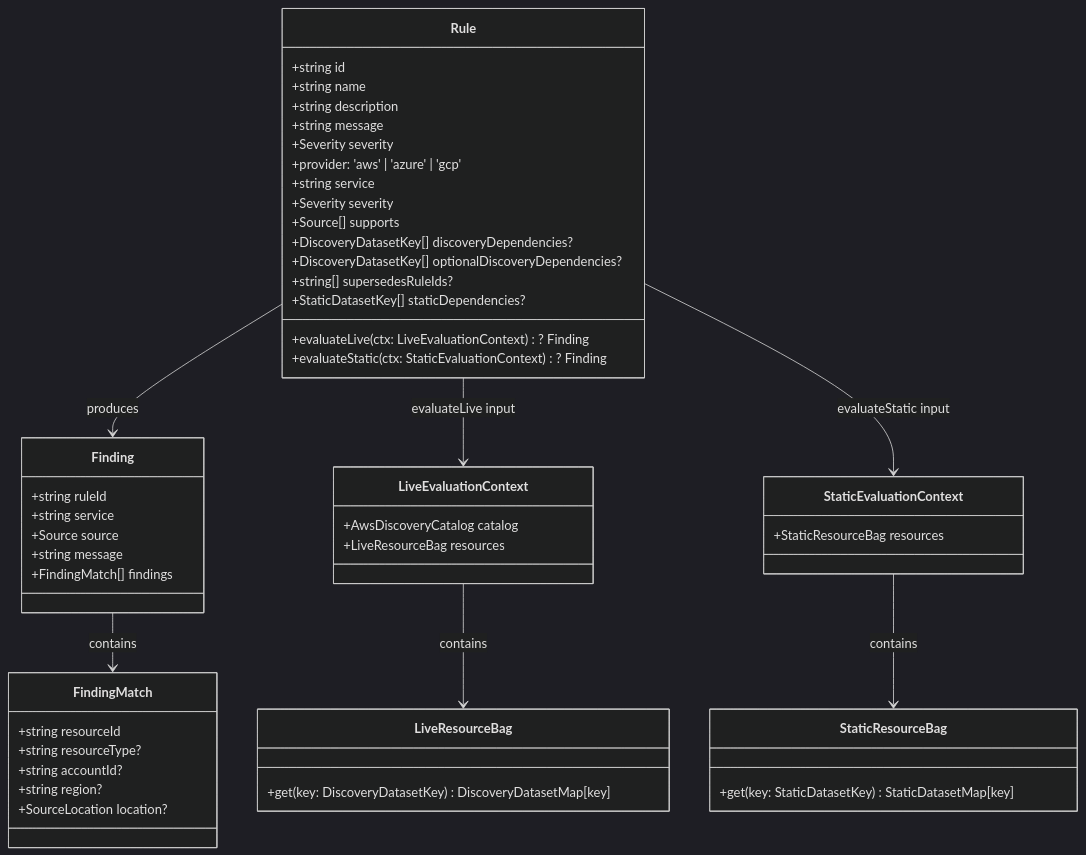
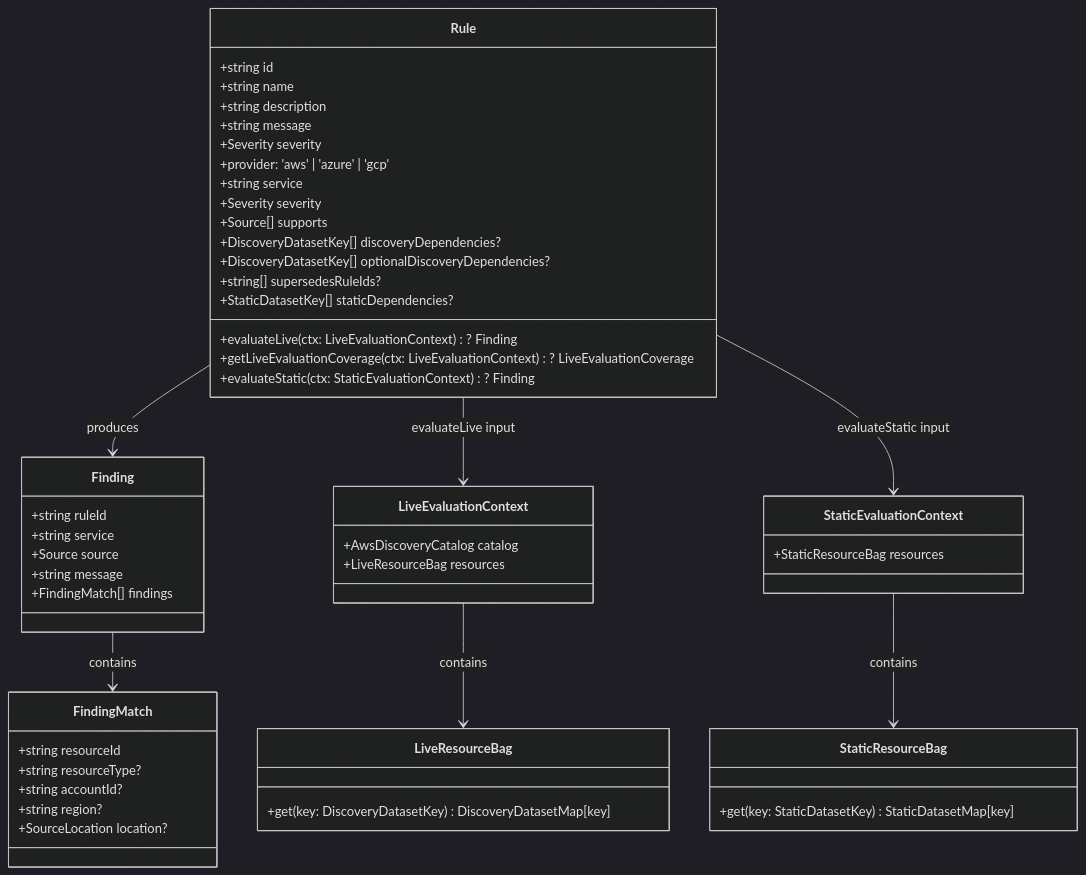
The first of 2 diagrams in docs/architecture/rules.md (towardsthecloud/cloudburn), drawn with Mermaid (dark theme) before and after one commit. The commit also changed other lines of this file and 73 other files, not shown here.

````diff
--- a/docs/architecture/rules.md
+++ b/docs/architecture/rules.md
@@ -5,60 +5,61 @@
 ```mermaid
 classDiagram
   class Rule {
     +string id
     +string name
     +string description
     +string message
     +Severity severity
     +provider: 'aws' | 'azure' | 'gcp'
     +string service
     +Severity severity
     +Source[] supports
     +DiscoveryDatasetKey[] discoveryDependencies?
     +DiscoveryDatasetKey[] optionalDiscoveryDependencies?
     +string[] supersedesRuleIds?
     +StaticDatasetKey[] staticDependencies?
     +evaluateLive(ctx: LiveEvaluationContext)? Finding
+    +getLiveEvaluationCoverage(ctx: LiveEvaluationContext)? LiveEvaluationCoverage
     +evaluateStatic(ctx: StaticEvaluationContext)? Finding
   }
 
   class Finding {
     +string ruleId
     +string service
     +Source source
     +string message
     +FindingMatch[] findings
   }
 
   class FindingMatch {
     +string resourceId
     +string resourceType?
     +string accountId?
     +string region?
     +SourceLocation location?
   }
 
   class LiveEvaluationContext {
     +AwsDiscoveryCatalog catalog
     +LiveResourceBag resources
   }
 
   class LiveResourceBag {
     +get(key: DiscoveryDatasetKey) DiscoveryDatasetMap[key]
   }
 
   class StaticResourceBag {
     +get(key: StaticDatasetKey) StaticDatasetMap[key]
   }
 
   class StaticEvaluationContext {
     +StaticResourceBag resources
   }
 
   Rule --> Finding : produces
   Finding --> FindingMatch : contains
   Rule --> LiveEvaluationContext : evaluateLive input
   LiveEvaluationContext --> LiveResourceBag : contains
   Rule --> StaticEvaluationContext : evaluateStatic input
   StaticEvaluationContext --> StaticResourceBag : contains
 ```
````
